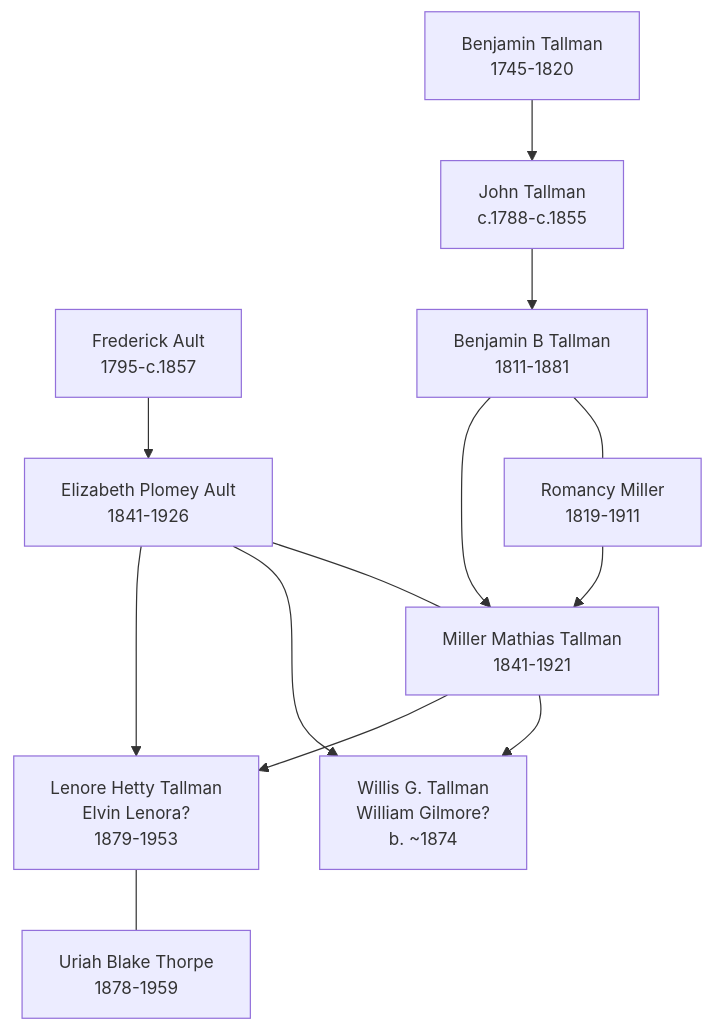
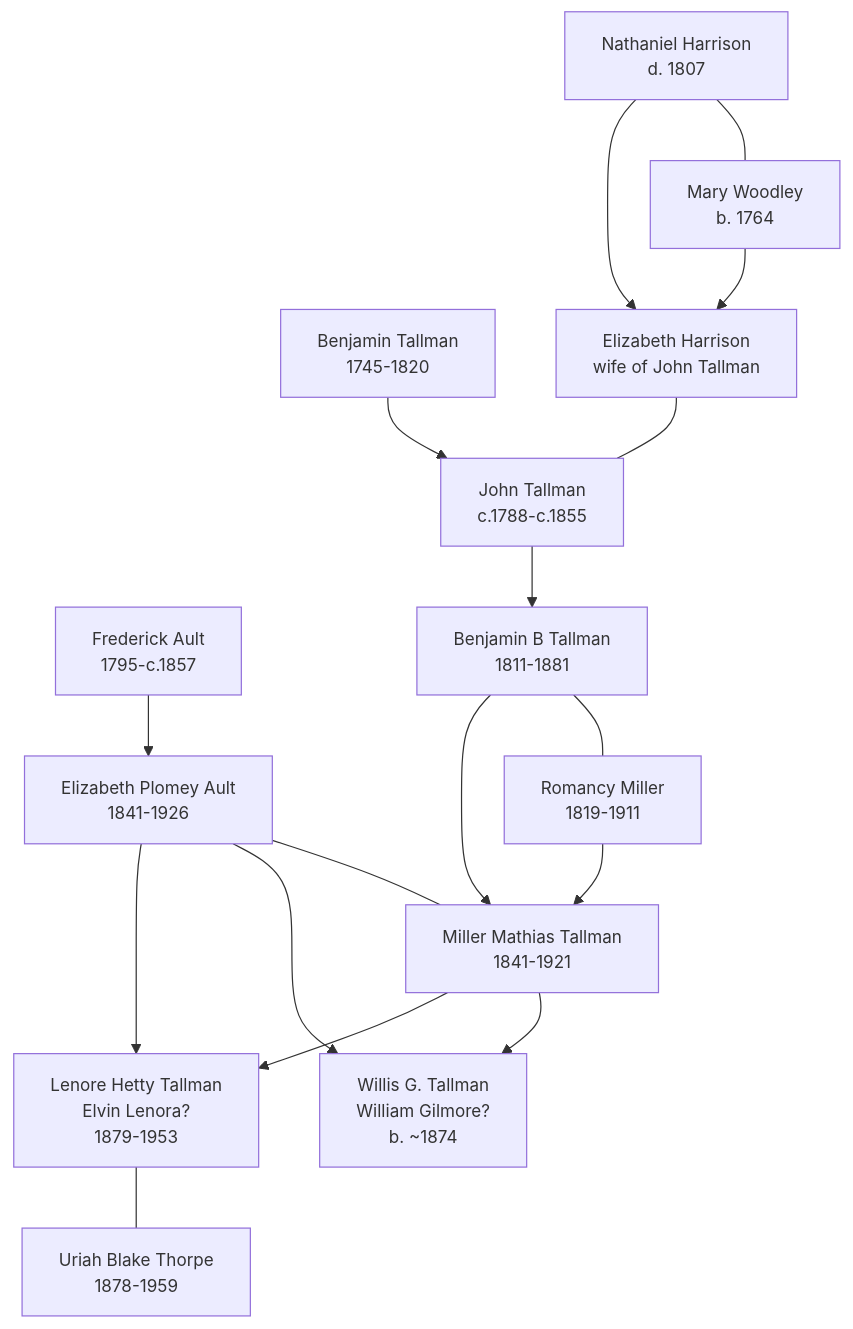
One commit to zcopley/thorpe-family-research changed the diagram in Topics/Ault Tallman Branch Summary.md. Above: the diagram before and after it, drawn with Mermaid. The commit also changed other lines of this file and 11 other files, not shown here.

````diff
--- a/Topics/Ault Tallman Branch Summary.md
+++ b/Topics/Ault Tallman Branch Summary.md
@@ -16,27 +16,34 @@
 ```mermaid
 %%{init: {'flowchart': {'htmlLabels': true}, 'theme': 'default', 'themeVariables': {'primaryTextColor': '#000000', 'primaryBorderColor': '#333333', 'lineColor': '#333333', 'fontSize': '14px'}}}%%
 graph TD
   FA["Frederick Ault<br/>1795-c.1857"]
   EPA["Elizabeth Plomey Ault<br/>1841-1926"]
   MMT["Miller Mathias Tallman<br/>1841-1921"]
   B1745["Benjamin Tallman<br/>1745-1820"]
   JT["John Tallman<br/>c.1788-c.1855"]
+  EH["Elizabeth Harrison<br/>wife of John Tallman"]
+  NH["Nathaniel Harrison<br/>d. 1807"]
+  MW["Mary Woodley<br/>b. 1764"]
   BT["Benjamin B Tallman<br/>1811-1881"]
   RM["Romancy Miller<br/>1819-1911"]
   WG["Willis G. Tallman<br/>William Gilmore?<br/>b. ~1874"]
   LT["Lenore Hetty Tallman<br/>Elvin Lenora?<br/>1879-1953"]
   UBT["Uriah Blake Thorpe<br/>1878-1959"]
 
   FA --> EPA
   EPA --- MMT
   MMT --> WG
   MMT --> LT
   EPA --> WG
   EPA --> LT
   LT --- UBT
   B1745 --> JT
+  NH --- MW
+  NH --> EH
+  MW --> EH
+  EH --- JT
   JT --> BT
   BT --- RM
   BT --> MMT
   RM --> MMT
 ```
````
